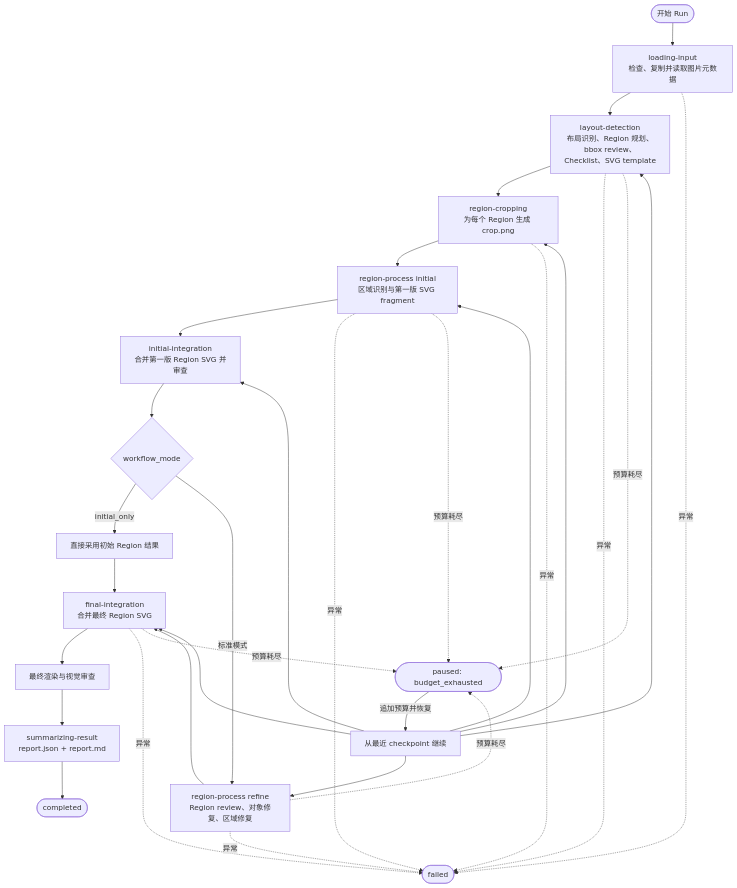
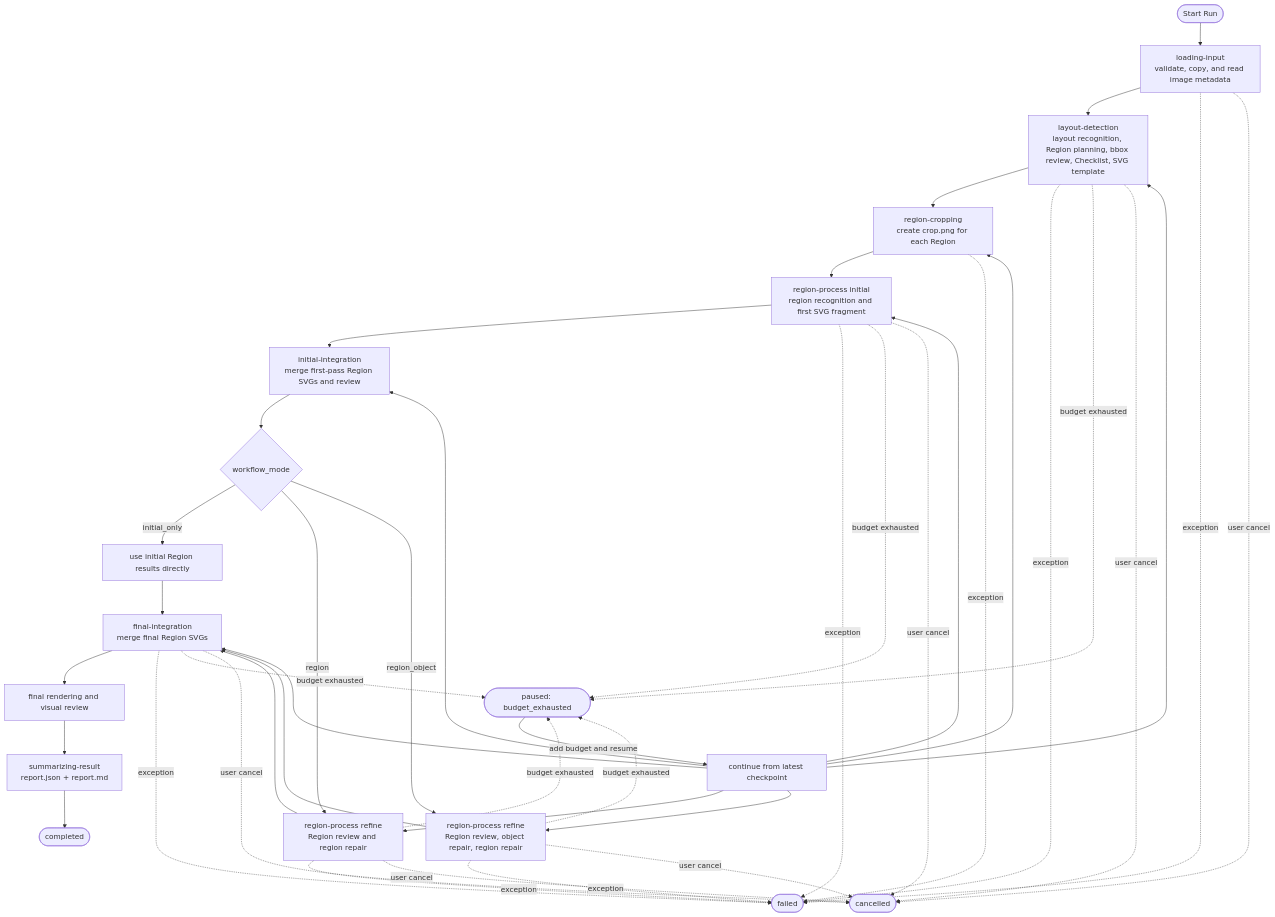
One commit to PeiXingXie/Raster2SVG-Demo changed the first of 6 diagrams in architecture-summary/02-conversion-workflow.md. Above: the diagram before and after it, drawn with Mermaid. The commit also changed other lines of this file and 14 other files, not shown here.

````diff
--- a/architecture-summary/02-conversion-workflow.md
+++ b/architecture-summary/02-conversion-workflow.md
@@ -7,37 +7,48 @@
 ```mermaid
 flowchart TD
-    Start(["开始 Run"]) --> Load["loading-input<br/>检查、复制并读取图片元数据"]
-    Load --> Layout["layout-detection<br/>布局识别、Region 规划、bbox review、Checklist、SVG template"]
-    Layout --> Crop["region-cropping<br/>为每个 Region 生成 crop.png"]
-    Crop --> InitialRegion["region-process initial<br/>区域识别与第一版 SVG fragment"]
-    InitialRegion --> InitialMerge["initial-integration<br/>合并第一版 Region SVG 并审查"]
+    Start(["Start Run"]) --> Load["loading-input<br/>validate, copy, and read image metadata"]
+    Load --> Layout["layout-detection<br/>layout recognition, Region planning, bbox review, Checklist, SVG template"]
+    Layout --> Crop["region-cropping<br/>create crop.png for each Region"]
+    Crop --> InitialRegion["region-process initial<br/>region recognition and first SVG fragment"]
+    InitialRegion --> InitialMerge["initial-integration<br/>merge first-pass Region SVGs and review"]
     InitialMerge --> Mode{"workflow_mode"}
 
-    Mode -->|"initial_only"| SkipRefine["直接采用初始 Region 结果"]
-    Mode -->|"标准模式"| Refine["region-process refine<br/>Region review、对象修复、区域修复"]
+    Mode -->|"initial_only"| SkipRefine["use initial Region results directly"]
+    Mode -->|"region"| RefineRegion["region-process refine<br/>Region review and region repair"]
+    Mode -->|"region_object"| RefineObject["region-process refine<br/>Region review, object repair, region repair"]
 
-    SkipRefine --> FinalMerge["final-integration<br/>合并最终 Region SVG"]
-    Refine --> FinalMerge
-    FinalMerge --> FinalReview["最终渲染与视觉审查"]
+    SkipRefine --> FinalMerge["final-integration<br/>merge final Region SVGs"]
+    RefineRegion --> FinalMerge
+    RefineObject --> FinalMerge
+    FinalMerge --> FinalReview["final rendering and visual review"]
     FinalReview --> Report["summarizing-result<br/>report.json + report.md"]
     Report --> Completed(["completed"])
 
-    Load -. "异常" .-> Failed(["failed"])
-    Layout -. "异常" .-> Failed
-    Crop -. "异常" .-> Failed
-    InitialRegion -. "异常" .-> Failed
-    Refine -. "异常" .-> Failed
-    FinalMerge -. "异常" .-> Failed
+    Load -. "exception" .-> Failed(["failed"])
+    Layout -. "exception" .-> Failed
+    Crop -. "exception" .-> Failed
+    InitialRegion -. "exception" .-> Failed
+    RefineRegion -. "exception" .-> Failed
+    RefineObject -. "exception" .-> Failed
+    FinalMerge -. "exception" .-> Failed
 
-    Layout -. "预算耗尽" .-> Paused(["paused: budget_exhausted"])
-    InitialRegion -. "预算耗尽" .-> Paused
-    Refine -. "预算耗尽" .-> Paused
-    FinalMerge -. "预算耗尽" .-> Paused
-    Paused -->|"追加预算并恢复"| Resume["从最近 checkpoint 继续"]
+    Layout -. "budget exhausted" .-> Paused(["paused: budget_exhausted"])
+    InitialRegion -. "budget exhausted" .-> Paused
+    RefineRegion -. "budget exhausted" .-> Paused
+    RefineObject -. "budget exhausted" .-> Paused
+    FinalMerge -. "budget exhausted" .-> Paused
+    Load -. "user cancel" .-> Cancelled(["cancelled"])
+    Layout -. "user cancel" .-> Cancelled
+    InitialRegion -. "user cancel" .-> Cancelled
+    RefineRegion -. "user cancel" .-> Cancelled
+    RefineObject -. "user cancel" .-> Cancelled
+    FinalMerge -. "user cancel" .-> Cancelled
+    Paused -->|"add budget and resume"| Resume["continue from latest checkpoint"]
     Resume --> Layout
     Resume --> Crop
     Resume --> InitialRegion
     Resume --> InitialMerge
-    Resume --> Refine
+    Resume --> RefineRegion
+    Resume --> RefineObject
     Resume --> FinalMerge
 ```
````
